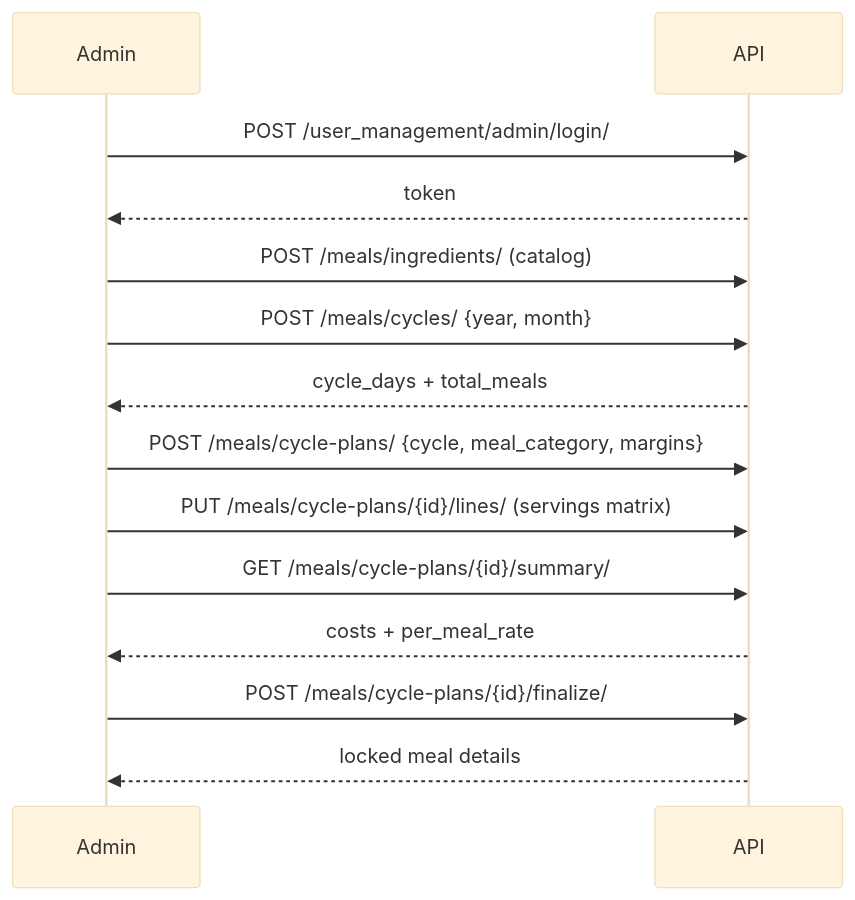
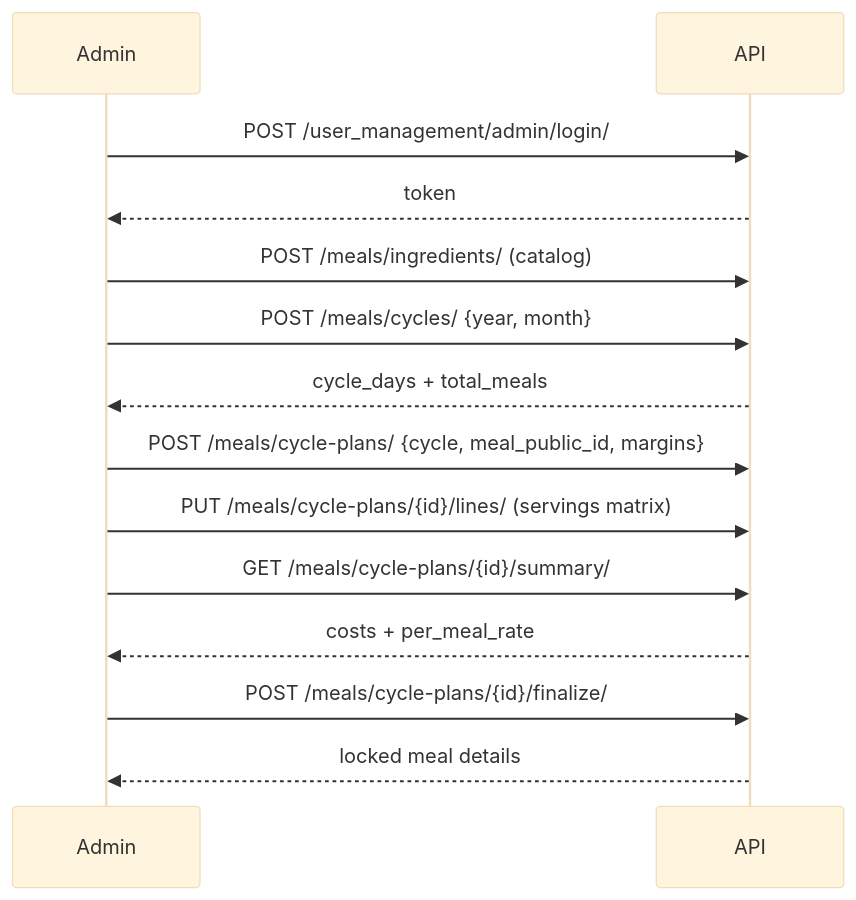
The diagram in meals/docs/backend/meal-cycle-management.md (misbahulamin/befood-backend), drawn with Mermaid (base theme) before and after one commit. The commit also changed other lines of this file and 150 other files, not shown here.

Commit message:
order-eligibility-wallet-min-balance and fix-cycle-plan-meal-package-picker

````diff
--- a/meals/docs/backend/meal-cycle-management.md
+++ b/meals/docs/backend/meal-cycle-management.md
@@ -200,17 +200,17 @@
 ```mermaid
 sequenceDiagram
     participant Admin
     participant API
 
     Admin->>API: POST /user_management/admin/login/
     API-->>Admin: token
     Admin->>API: POST /meals/ingredients/ (catalog)
     Admin->>API: POST /meals/cycles/ {year, month}
     API-->>Admin: cycle_days + total_meals
-    Admin->>API: POST /meals/cycle-plans/ {cycle, meal_category, margins}
+    Admin->>API: POST /meals/cycle-plans/ {cycle, meal_public_id, margins}
     Admin->>API: PUT /meals/cycle-plans/{id}/lines/ (servings matrix)
     Admin->>API: GET /meals/cycle-plans/{id}/summary/
     API-->>Admin: costs + per_meal_rate
     Admin->>API: POST /meals/cycle-plans/{id}/finalize/
     API-->>Admin: locked meal details
 ```
````
